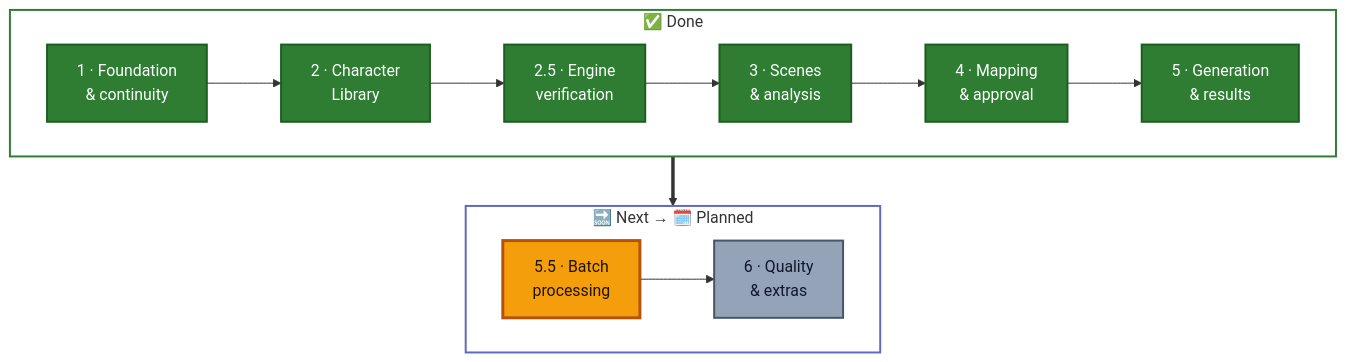
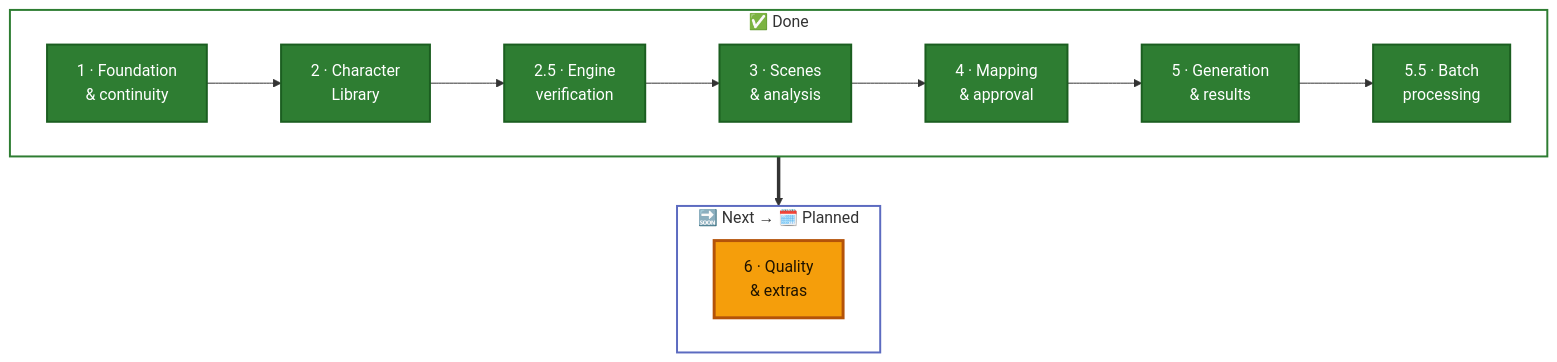
Before and after one commit to CyberSecurityChuck/Character-Studio: the third of 3 diagrams in README.md, drawn with Mermaid. The commit also changed other lines of this file and 25 other files, not shown here.

First line of the commit message:
Build Phase 5.5 batch processing

````diff
--- a/README.md
+++ b/README.md
@@ -190,19 +190,19 @@
 ```mermaid
 flowchart TB
     subgraph NOW["✅ Done"]
         direction LR
-        P1["1 · Foundation<br/>& continuity"]:::done --> P2["2 · Character<br/>Library"]:::done --> P25["2.5 · Engine<br/>verification"]:::done --> P3["3 · Scenes<br/>& analysis"]:::done --> P4["4 · Mapping<br/>& approval"]:::done --> P5["5 · Generation<br/>& results"]:::done
+        P1["1 · Foundation<br/>& continuity"]:::done --> P2["2 · Character<br/>Library"]:::done --> P25["2.5 · Engine<br/>verification"]:::done --> P3["3 · Scenes<br/>& analysis"]:::done --> P4["4 · Mapping<br/>& approval"]:::done --> P5["5 · Generation<br/>& results"]:::done --> P55["5.5 · Batch<br/>processing"]:::done
     end
     subgraph LATER["🔜 Next → 🗓️ Planned"]
         direction LR
-        P55["5.5 · Batch<br/>processing"]:::next --> P6["6 · Quality<br/>& extras"]:::later
+        P6["6 · Quality<br/>& extras"]:::next
     end
     NOW ==> LATER
     style NOW fill:transparent,stroke:#2E7D32,stroke-width:2px
     style LATER fill:transparent,stroke:#5C6BC0,stroke-width:2px
 
     classDef done fill:#2E7D32,stroke:#1B5E20,color:#ffffff,stroke-width:2px
     classDef next fill:#F59E0B,stroke:#B45309,color:#1F1300,stroke-width:3px
     classDef planned fill:#5C6BC0,stroke:#3949AB,color:#ffffff,stroke-width:2px
     classDef later fill:#94A3B8,stroke:#475569,color:#0F172A,stroke-width:2px
 ```
````
